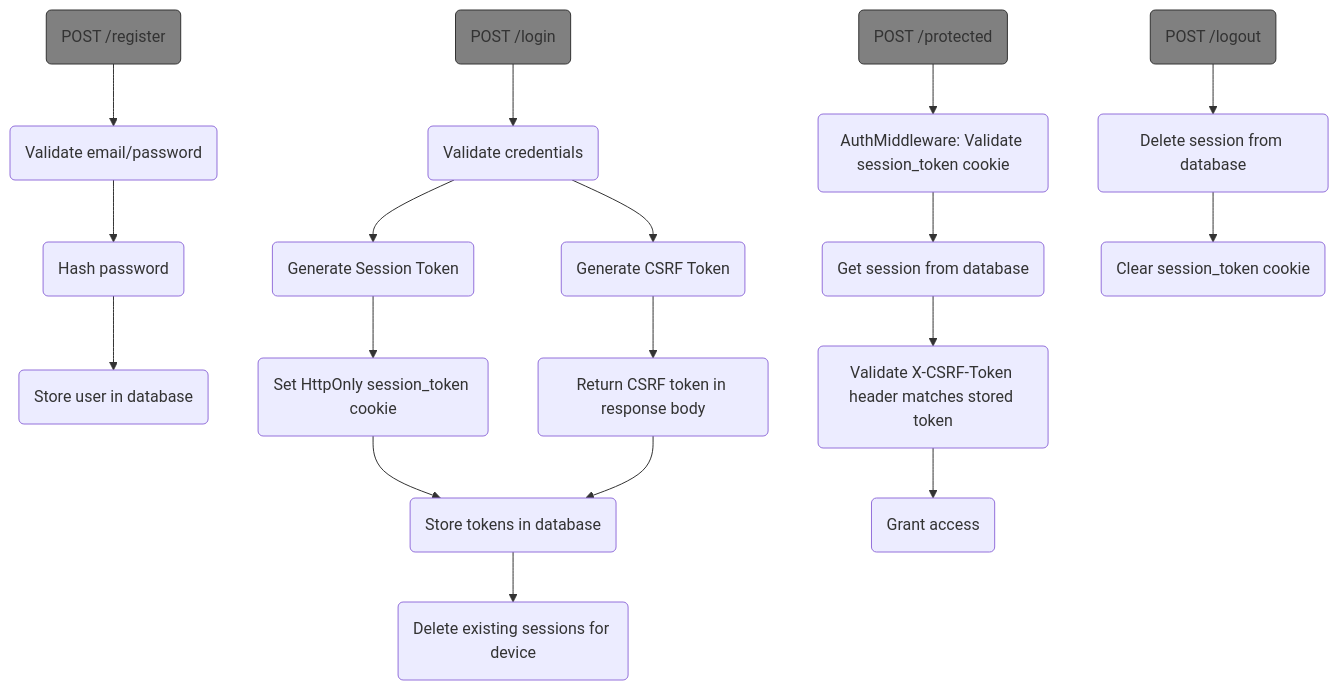
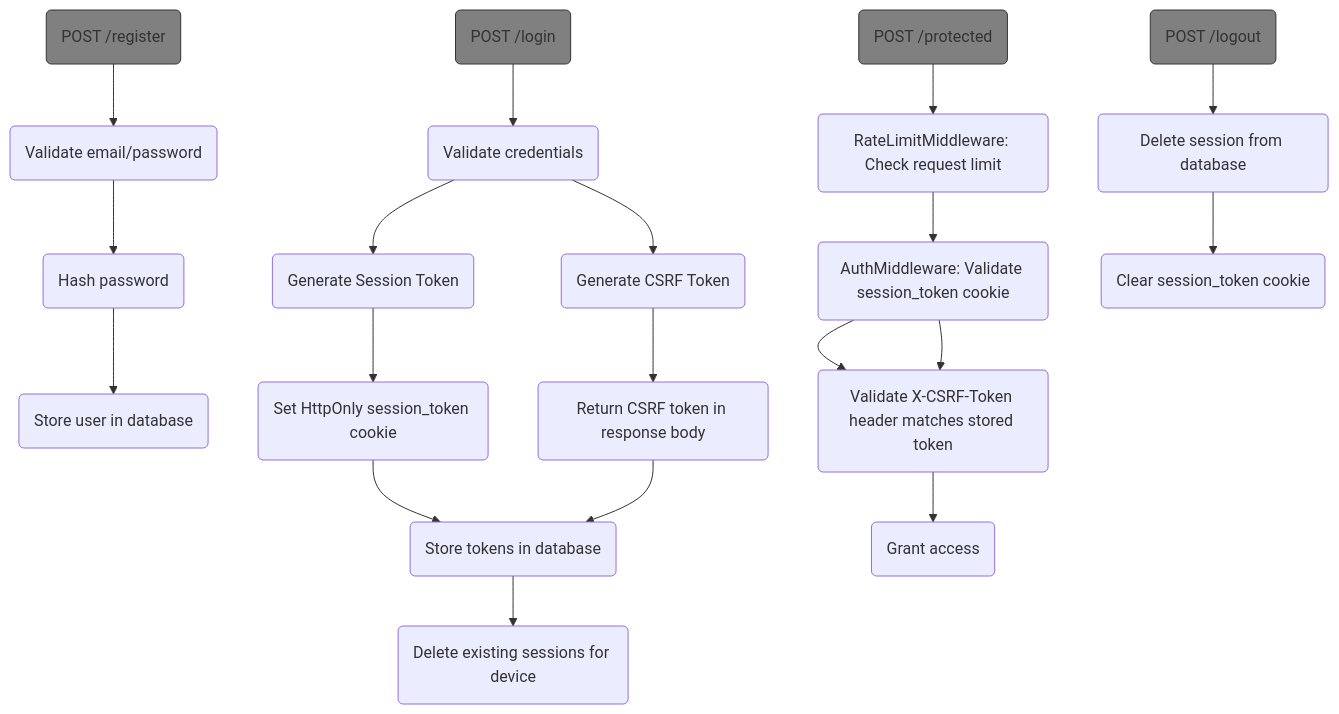
One commit to ncg200101-lab/camp-backend changed the diagram in docs/auth_workflow.md. Above: the diagram before and after it, drawn with Mermaid. The commit also changed 8 other files, not shown here.

Commit message:
Fix auth middleware for register endpoints and unequal ip addr delete session in logout; add rate limiter middleware

````diff
--- a/docs/auth_workflow.md
+++ b/docs/auth_workflow.md
@@ -3,28 +3,29 @@
 ```mermaid
 flowchart TD
     A(POST /register) --> B(Validate email/password)
     B --> C(Hash password)
     C --> D(Store user in database)
 
     E(POST /login) --> F(Validate credentials)
     F --> G(Generate Session Token)
     F --> H(Generate CSRF Token)
     G --> I(Set HttpOnly session_token cookie)
     H --> J(Return CSRF token in response body)
     I --> K(Store tokens in database)
     J --> K(Store tokens in database)
     K --> L(Delete existing sessions for device)
 
-    M(POST /protected) --> N(AuthMiddleware: Validate session_token cookie)
-    N --> O(Get session from database)
+    M(POST /protected) --> N(RateLimitMiddleware: Check request limit)
+    N --> O(AuthMiddleware: Validate session_token cookie)
+    O --> P(Get session from database)
     O --> P(Validate X-CSRF-Token header matches stored token)
     P --> Q(Grant access)
 
     R(POST /logout) --> S(Delete session from database)
     S --> T(Clear session_token cookie)
 
     style A fill: #808080,stroke:#333
     style E fill: #808080,stroke:#333
     style M fill: #808080,stroke:#333
     style R fill: #808080,stroke:#333
 ```
````
